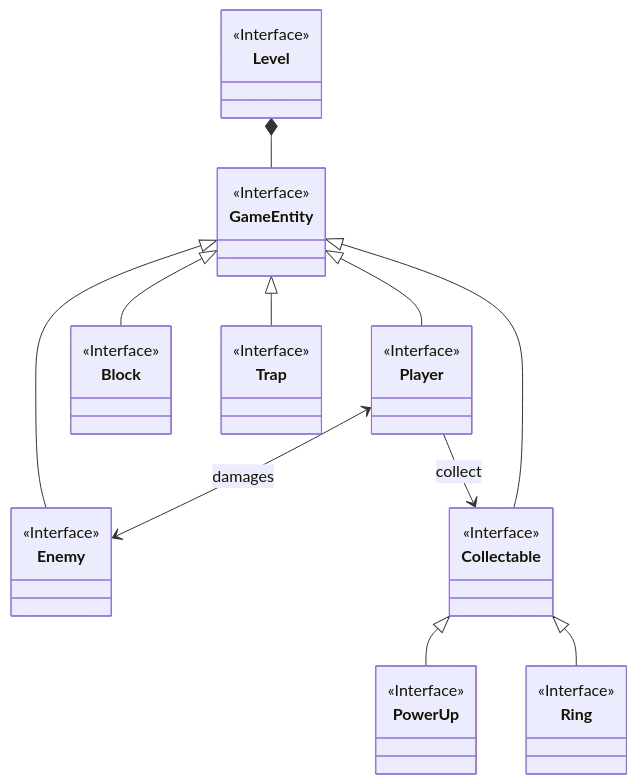
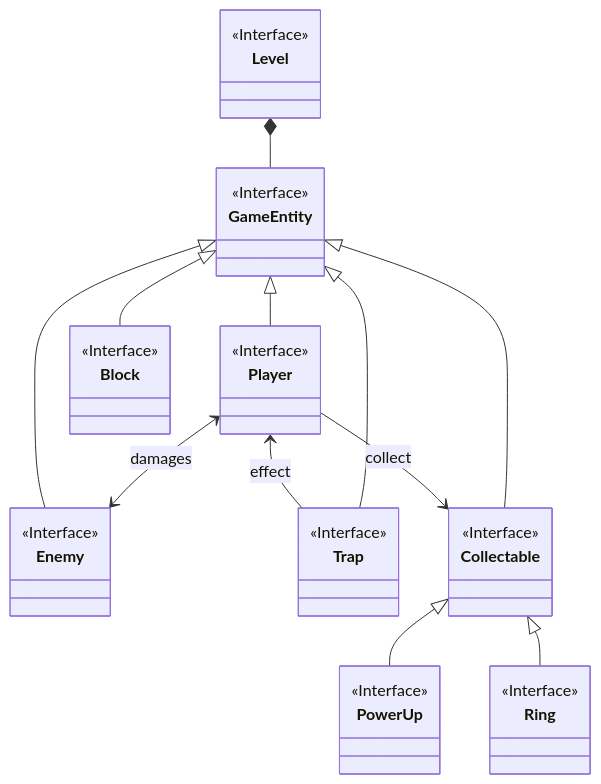
One commit to unibo-oop-projects/OOP23-FilippoMassariFilippoMassari6studio-MatteoBagnolini-FilippoMassari-SaadElMaliki-Matteo-SUPSON changed the first of 9 diagrams in report.md. Above: the diagram before and after it, drawn with Mermaid.

Commit message:
update report

````diff
--- a/report.md
+++ b/report.md
@@ -37,51 +37,52 @@
 ```mermaid
 classDiagram
 
     class GameEntity {
         <<Interface>>
     }
 
     class Player {
         <<Interface>>
     }
 
     class Level {
         <<Interface>>
     }
 
     class Enemy {
         <<Interface>>
     }
 
     class Block {
         <<Interface>>
     }
 
     class Trap {
         <<Interface>>
     }
 
     class Collectable {
         <<Interface>>
     }
 
     class Ring {
         <<Interface>>
     }
 
     class PowerUp {
         <<Interface>>
     }
 
 
     GameEntity <|-- Player
     Player --> Collectable : collect
     GameEntity <|-- Enemy
     Player <--> Enemy : damages
     GameEntity <|-- Block
+    Player <-- Trap : effect
     GameEntity <|-- Trap
     GameEntity <|-- Collectable
     Collectable <|-- PowerUp
     Collectable <|-- Ring
     Level *-- GameEntity
 ```
````
